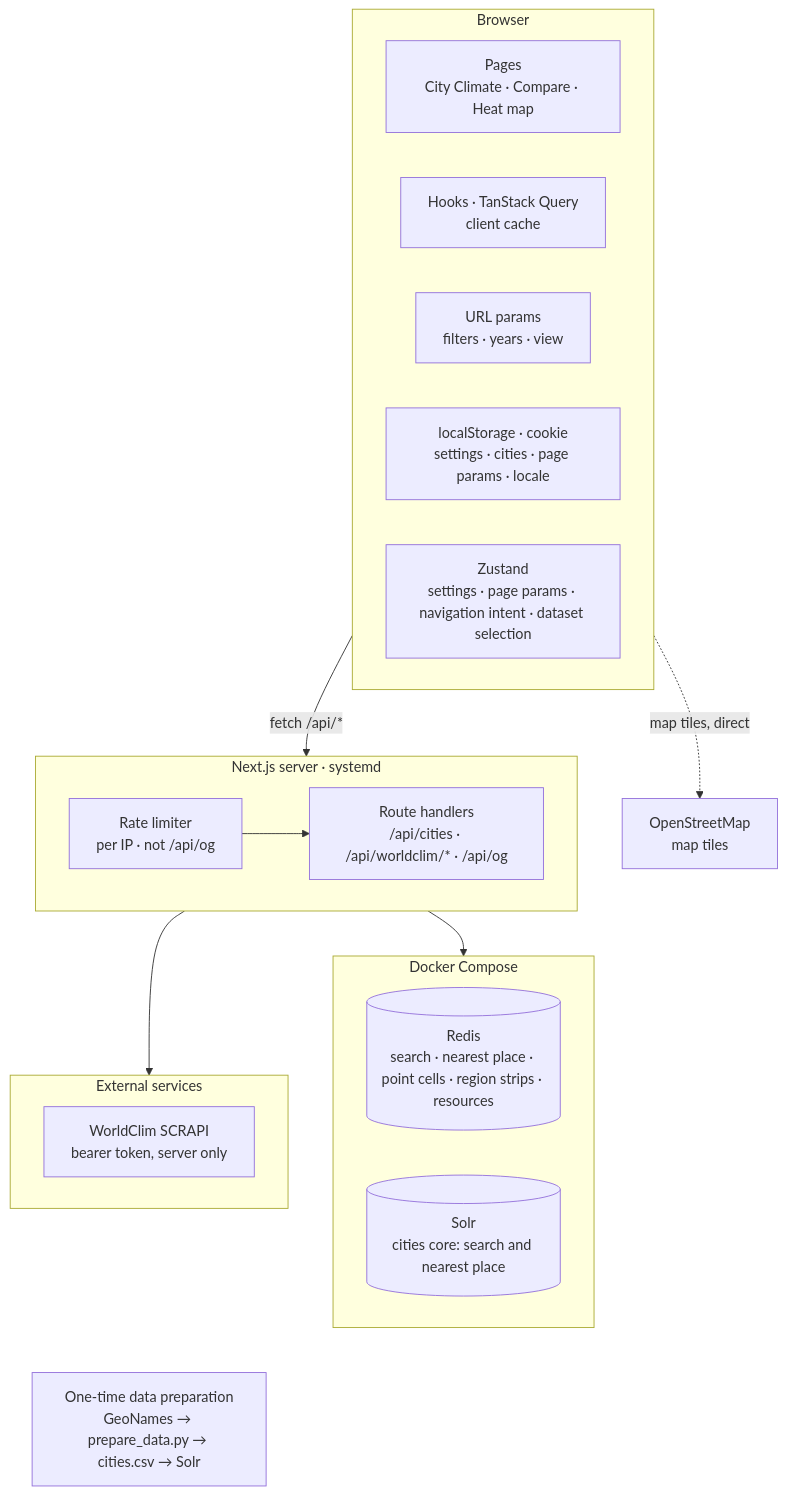
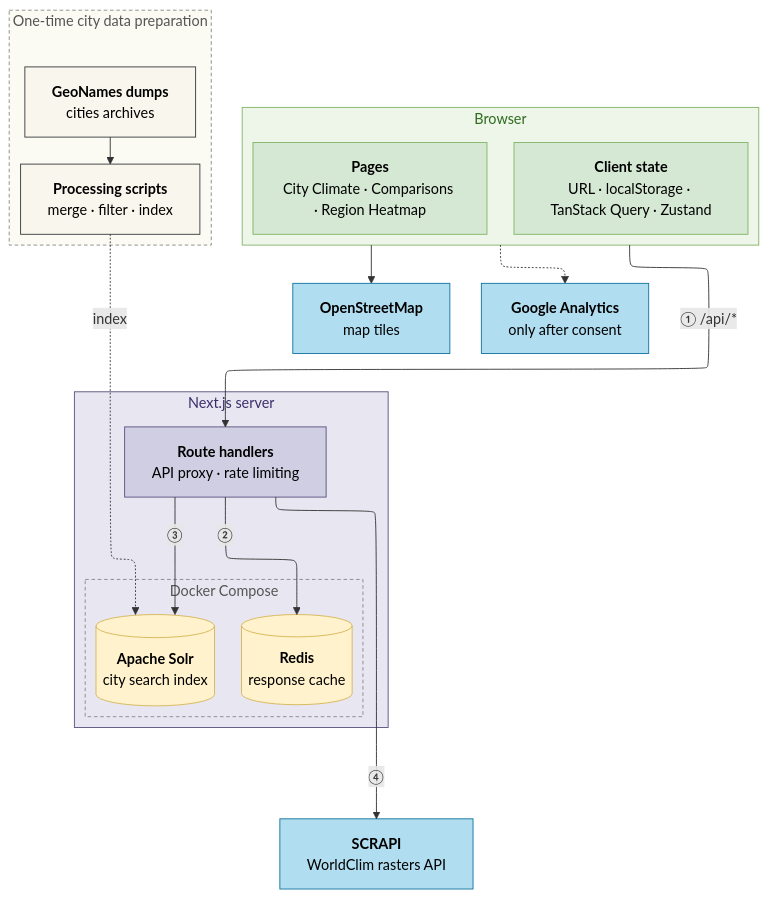
One commit to ClimaticaHQ/climatica-nextjs changed the first of 2 diagrams in docs/architecture.md. Above: the diagram before and after it, drawn with Mermaid. The commit also changed other lines of this file and 2 other files, not shown here.

Commit message:
feat(docs): add ga docs and update architecture schemas

````diff
--- a/docs/architecture.md
+++ b/docs/architecture.md
@@ -8,36 +8,50 @@
 ```mermaid
+---
+config:
+  layout: elk
+  elk:
+    nodePlacementStrategy: BRANDES_KOEPF
+---
 flowchart TB
   subgraph browser["Browser"]
     direction LR
-    pages["Pages<br/>City Climate · Compare · Heat map"]
-    hooks["Hooks · TanStack Query<br/>client cache"]
-    url["URL params<br/>filters · years · view"]
-    storage["localStorage · cookie<br/>settings · cities · page params · locale"]
-    zustand["Zustand<br/>settings · page params · navigation intent · dataset selection"]
+    pages["<b>Pages</b><br/>City Climate · Comparisons · Region Heatmap"]
+    state["<b>Client state</b><br/>URL · localStorage · TanStack Query · Zustand"]
   end
-
-  subgraph server["Next.js server · systemd"]
+  osm["<b>OpenStreetMap</b><br/>map tiles"]
+  ga["<b>Google Analytics</b><br/>only after consent"]
+  subgraph server["Next.js server"]
+    handlers["<b>Route handlers</b><br/>API proxy · rate limiting"]
+    subgraph docker["Docker Compose"]
+      direction LR
+      redis[("<b>Redis</b><br/>response cache")]
+      solr[("<b>Apache Solr</b><br/>city search index")]
+    end
+  end
+  scrapi["<b>SCRAPI</b><br/>WorldClim rasters API"]
+  subgraph prep["One-time city data preparation"]
     direction LR
-    limiter["Rate limiter<br/>per IP · not /api/og"] --> handlers["Route handlers<br/>/api/cities · /api/worldclim/* · /api/og"]
+    geonames["<b>GeoNames dumps</b><br/>cities archives"] --> scripts["<b>Processing scripts</b><br/>merge · filter · index"]
   end
-
-  subgraph infra["Docker Compose"]
-    direction LR
-    redis[("Redis<br/>search · nearest place · point cells · region strips · resources")]
-    solr[("Solr<br/>cities core: search and nearest place")]
-  end
-
-  subgraph external["External services"]
-    direction LR
-    scrapi["WorldClim SCRAPI<br/>bearer token, server only"]
-  end
-
-  osm["OpenStreetMap<br/>map tiles"]
-  prep["One-time data preparation<br/>GeoNames → prepare_data.py → cities.csv → Solr"]
-
-  browser -->|"fetch /api/*"| server
-  browser -.->|"map tiles, direct"| osm
-  server --> infra
-  server --> external
-  external ~~~ prep
+  browser -->|"① /api/*"| handlers
+  browser --> osm
+  browser -.-> ga
+  handlers -->|"②"| redis
+  handlers -->|"③"| solr
+  handlers -->|"④"| scrapi
+  scripts -. "index" .-> solr
+  classDef client fill:#d5e8d4,stroke:#82b366,color:#000
+  classDef srv fill:#d0cee2,stroke:#56517e,color:#000
+  classDef ext fill:#b1ddf0,stroke:#10739e,color:#000
+  classDef infra fill:#fff2cc,stroke:#d6b656,color:#000
+  classDef once fill:#f9f7ed,stroke:#36393d,color:#000
+  class pages,state client
+  class handlers srv
+  class osm,ga,scrapi ext
+  class redis,solr infra
+  class geonames,scripts once
+  style browser fill:#eef6ea,stroke:#82b366,color:#2e6b1f
+  style server fill:#e8e6f1,stroke:#56517e,color:#3b2f6b
+  style docker fill:none,stroke:#888,stroke-dasharray:4 3,color:#555
+  style prep fill:#fbfaf3,stroke:#888,stroke-dasharray:4 3,color:#555
 ```
````
